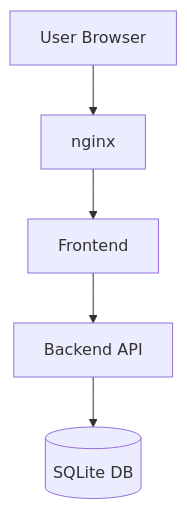
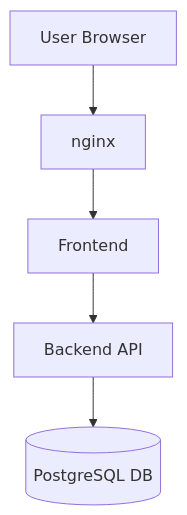
Before and after one commit to uglyatbeautymolt/ugly-forge: the diagram in workspace/skills/architekt/SKILL.md, drawn with Mermaid. The commit also changed other lines of this file and 20 other files, not shown here.

First line of the commit message:
feat: replace sqlite3 CLI with PostgreSQL + forge-db-api

````diff
--- a/workspace/skills/architekt/SKILL.md
+++ b/workspace/skills/architekt/SKILL.md
@@ -35,7 +58,7 @@
 ```mermaid
 graph TD
     A[User Browser] --> B[nginx]
     B --> C[Frontend]
     C --> D[Backend API]
-    D --> E[(SQLite DB)]
+    D --> E[(PostgreSQL DB)]
 ```
````
